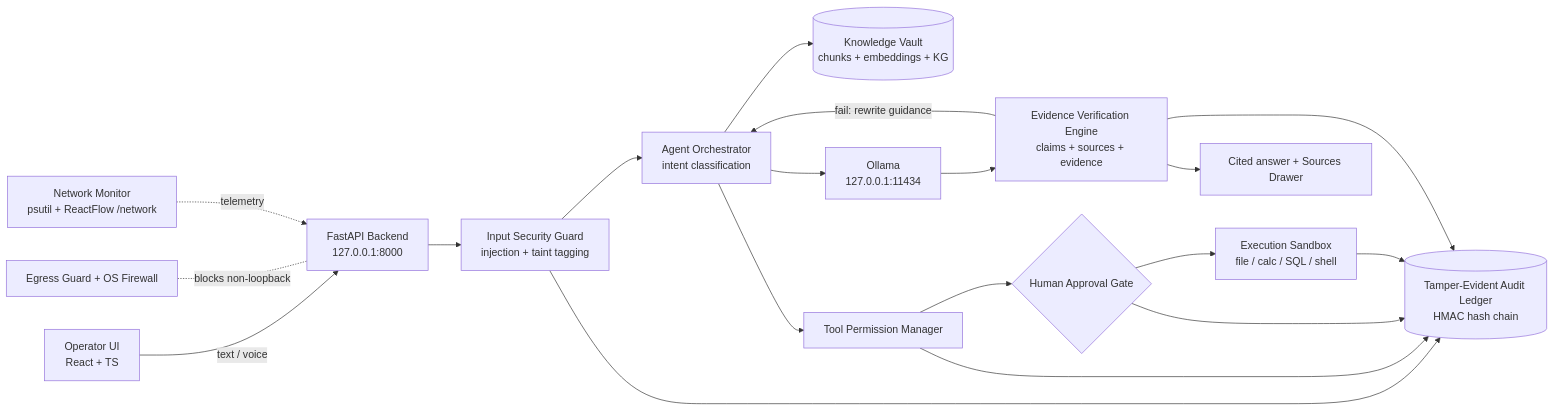
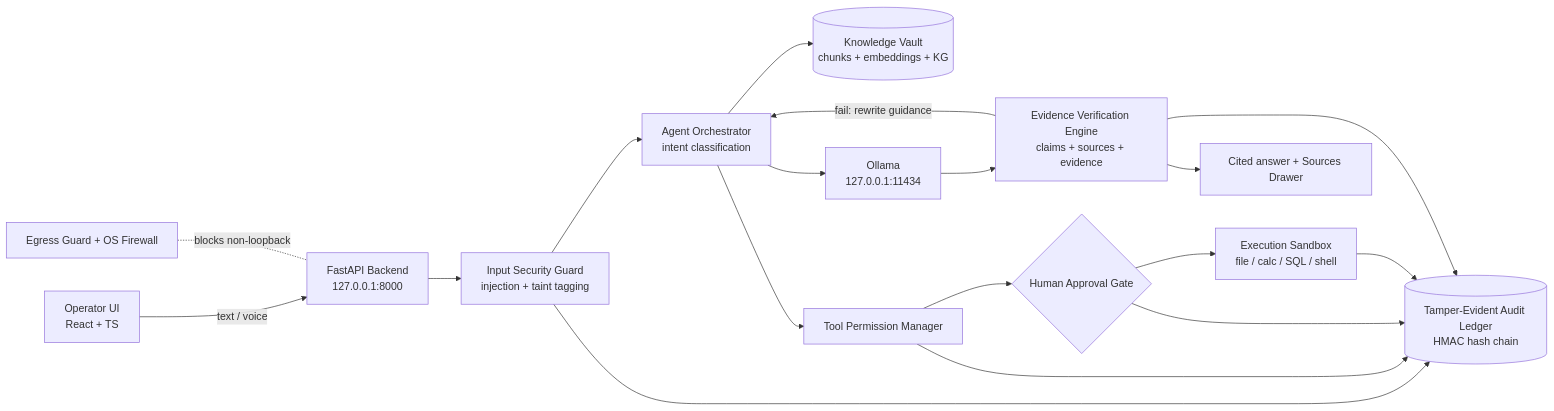
The diagram in README.md (TheSuhasDev/clarix-ai), drawn with Mermaid before and after one commit. The commit also changed other lines of this file and 3 other files, not shown here.

````diff
--- a/README.md
+++ b/README.md
@@ -100,17 +96,16 @@
 ```mermaid
 flowchart LR
     U[Operator UI<br/>React + TS] -->|text / voice| API[FastAPI Backend<br/>127.0.0.1:8000]
     API --> IG[Input Security Guard<br/>injection + taint tagging]
     IG --> OR[Agent Orchestrator<br/>intent classification]
     OR --> KV[(Knowledge Vault<br/>chunks + embeddings + KG)]
     OR --> LLM[Ollama<br/>127.0.0.1:11434]
     OR --> TP[Tool Permission Manager]
     TP --> AG{Human Approval Gate}
     AG --> SB[Execution Sandbox<br/>file / calc / SQL / shell]
     LLM --> EV[Evidence Verification Engine<br/>claims + sources + evidence]
     EV -->|fail: rewrite guidance| OR
     EV --> UI2[Cited answer + Sources Drawer]
     IG & TP & AG & SB & EV --> AL[(Tamper-Evident Audit Ledger<br/>HMAC hash chain)]
     EG[Egress Guard + OS Firewall] -. blocks non-loopback .- API
-    NET[Network Monitor<br/>psutil + ReactFlow /network] -. telemetry .-> API
 ```
````
